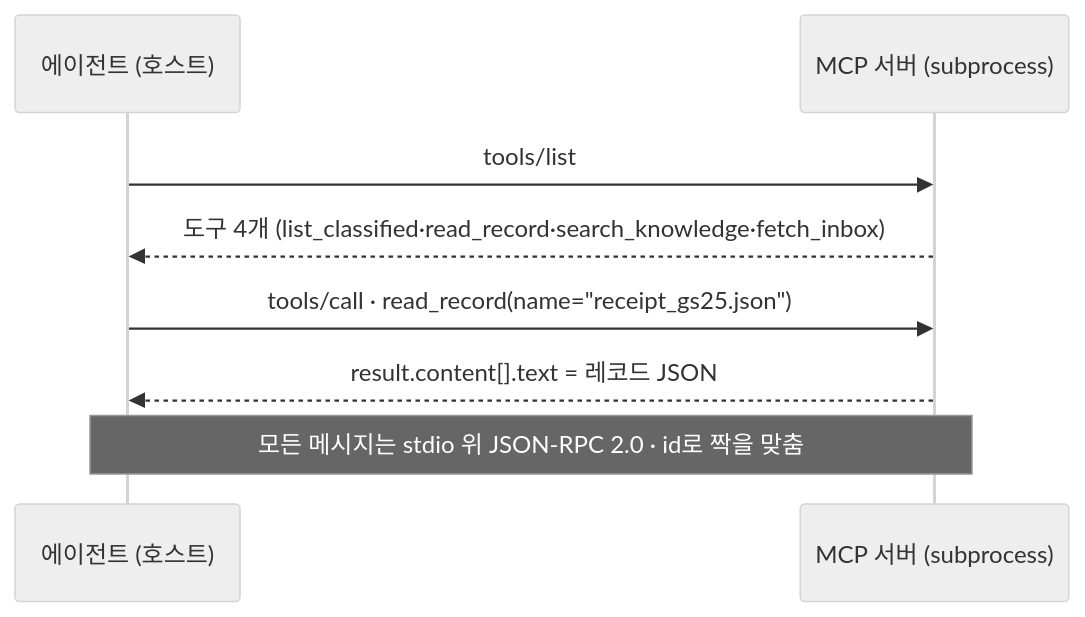
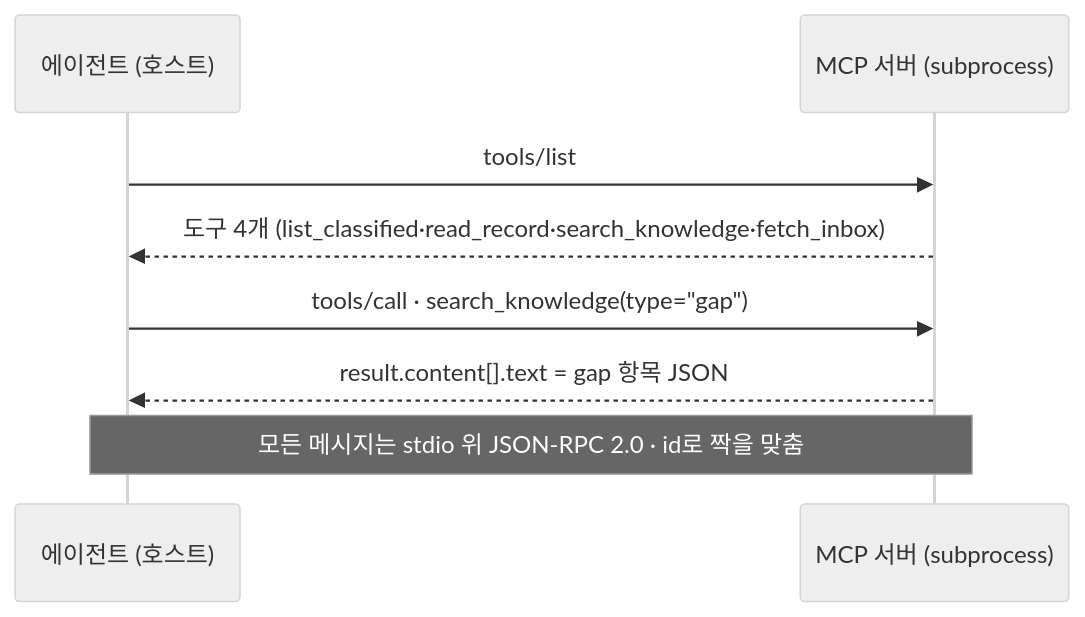
The fourth of 6 diagrams in books/md/Chapter 4. Skills와 MCP 연계.md (Yo-sure/deepagents-handson), drawn with Mermaid (neutral theme) before and after one commit. The commit also changed other lines of this file and 2 other files, not shown here.

````diff
--- a/books/md/Chapter 4. Skills와 MCP 연계.md
+++ b/books/md/Chapter 4. Skills와 MCP 연계.md
@@ -373,10 +374,10 @@
 ```mermaid
 sequenceDiagram
     participant A as 에이전트 (호스트)
     participant S as MCP 서버 (subprocess)
     A->>S: tools/list
     S-->>A: 도구 4개 (list_classified·read_record·search_knowledge·fetch_inbox)
-    A->>S: tools/call · read_record(name="receipt_gs25.json")
-    S-->>A: result.content[].text = 레코드 JSON
+    A->>S: tools/call · search_knowledge(type="gap")
+    S-->>A: result.content[].text = gap 항목 JSON
     Note over A,S: 모든 메시지는 stdio 위 JSON-RPC 2.0 · id로 짝을 맞춤
 ```
````
